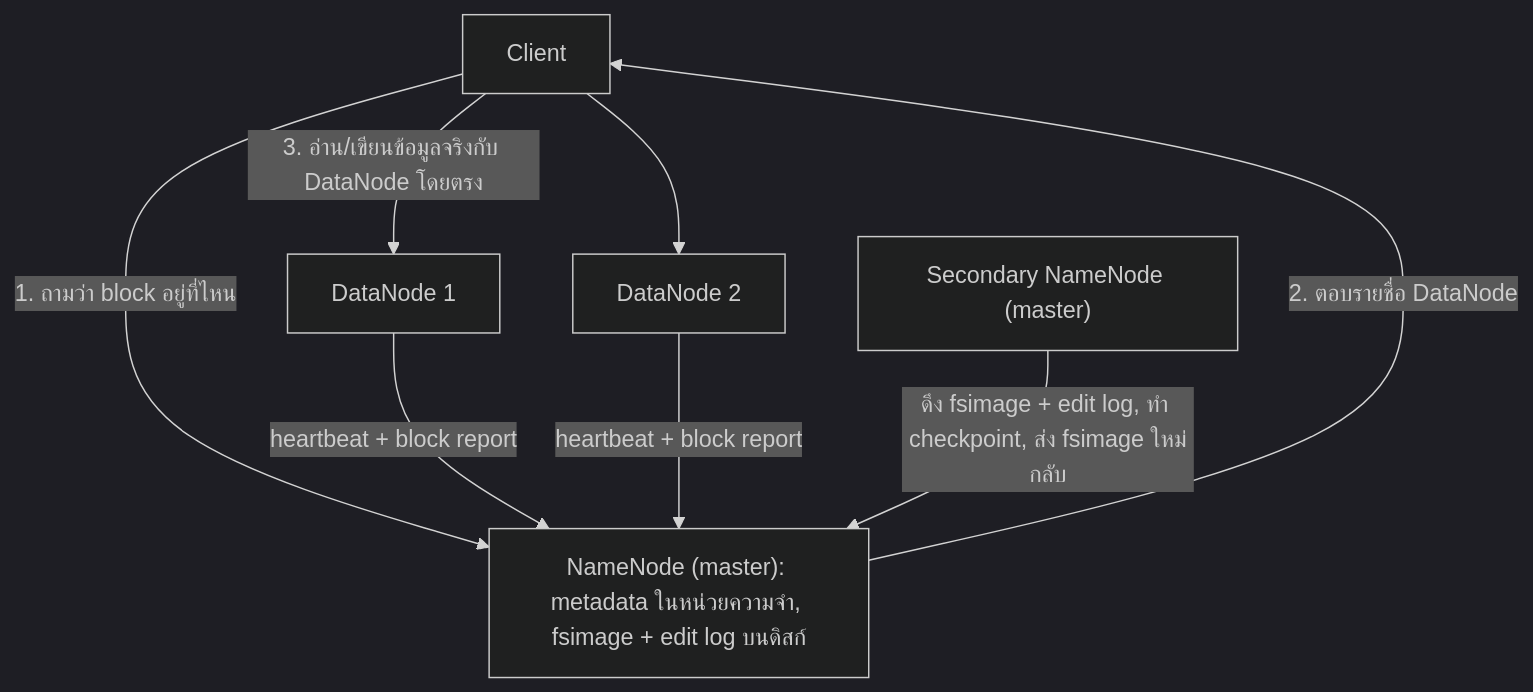
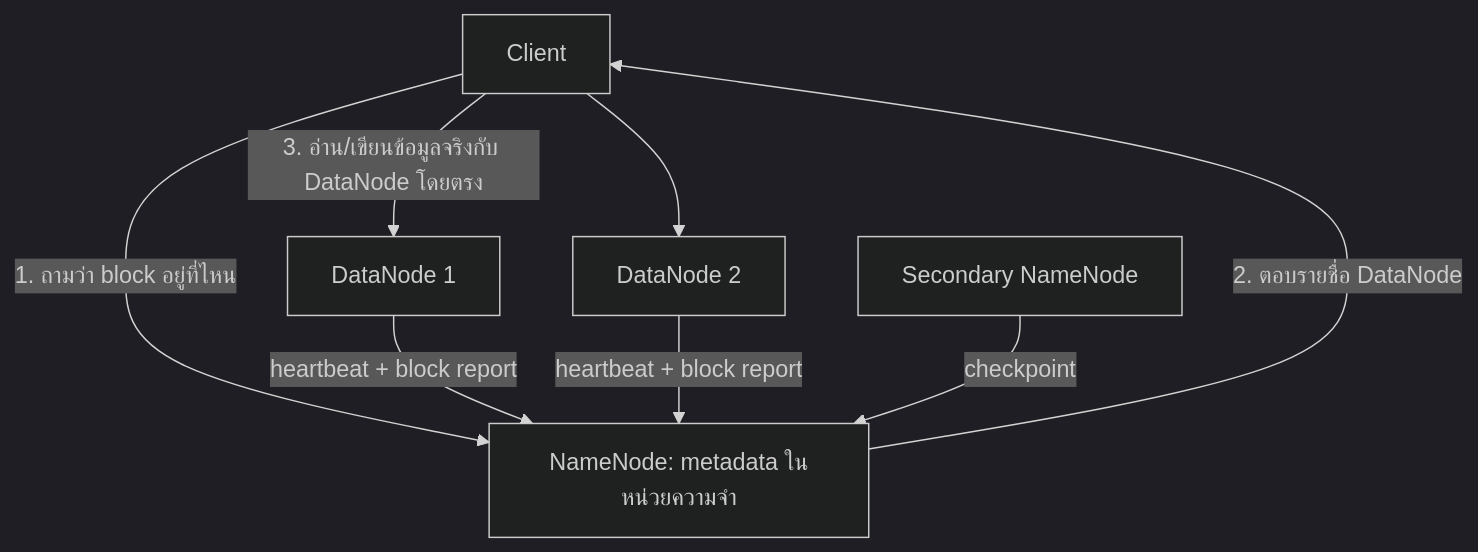
The fourth of 7 diagrams in dads6002-big-data-analytics/summary/01_hadoop[claude].md (mdanmek/nida-dads-notes), drawn with Mermaid (dark theme) before and after one commit. The commit also changed other lines of this file, not shown here.

````diff
--- a/dads6002-big-data-analytics/summary/01_hadoop[claude].md
+++ b/dads6002-big-data-analytics/summary/01_hadoop[claude].md
@@ -392,10 +204,10 @@
 ```mermaid
 flowchart TB
-    C["Client"] -- "1. ถามว่า block อยู่ที่ไหน" --> NN["NameNode (master): metadata ในหน่วยความจำ, fsimage + edit log บนดิสก์"]
+    C["Client"] -- "1. ถามว่า block อยู่ที่ไหน" --> NN["NameNode: metadata ในหน่วยความจำ"]
     NN -- "2. ตอบรายชื่อ DataNode" --> C
     C -- "3. อ่าน/เขียนข้อมูลจริงกับ DataNode โดยตรง" --> DN1["DataNode 1"]
     C --> DN2["DataNode 2"]
     DN1 -- "heartbeat + block report" --> NN
     DN2 -- "heartbeat + block report" --> NN
-    SNN["Secondary NameNode (master)"] -- "ดึง fsimage + edit log, ทำ checkpoint, ส่ง fsimage ใหม่กลับ" --> NN
+    SNN["Secondary NameNode"] -- "checkpoint" --> NN
 ```
````
